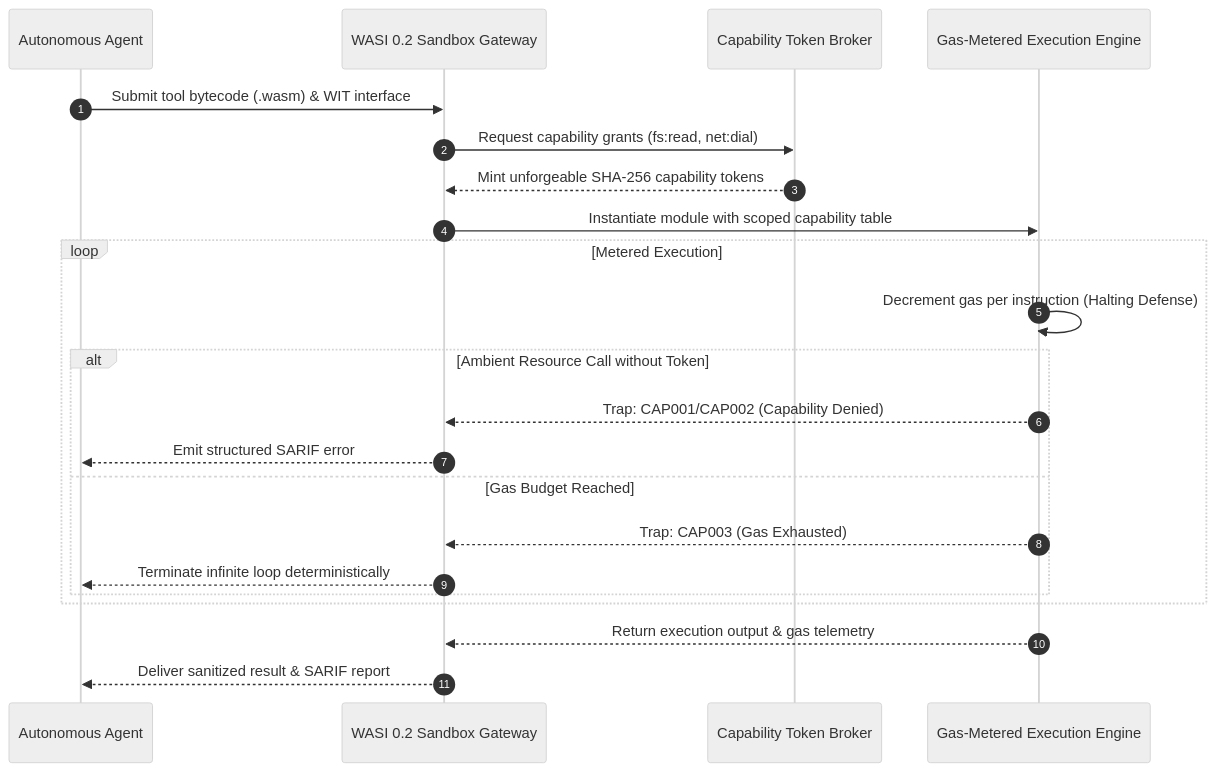
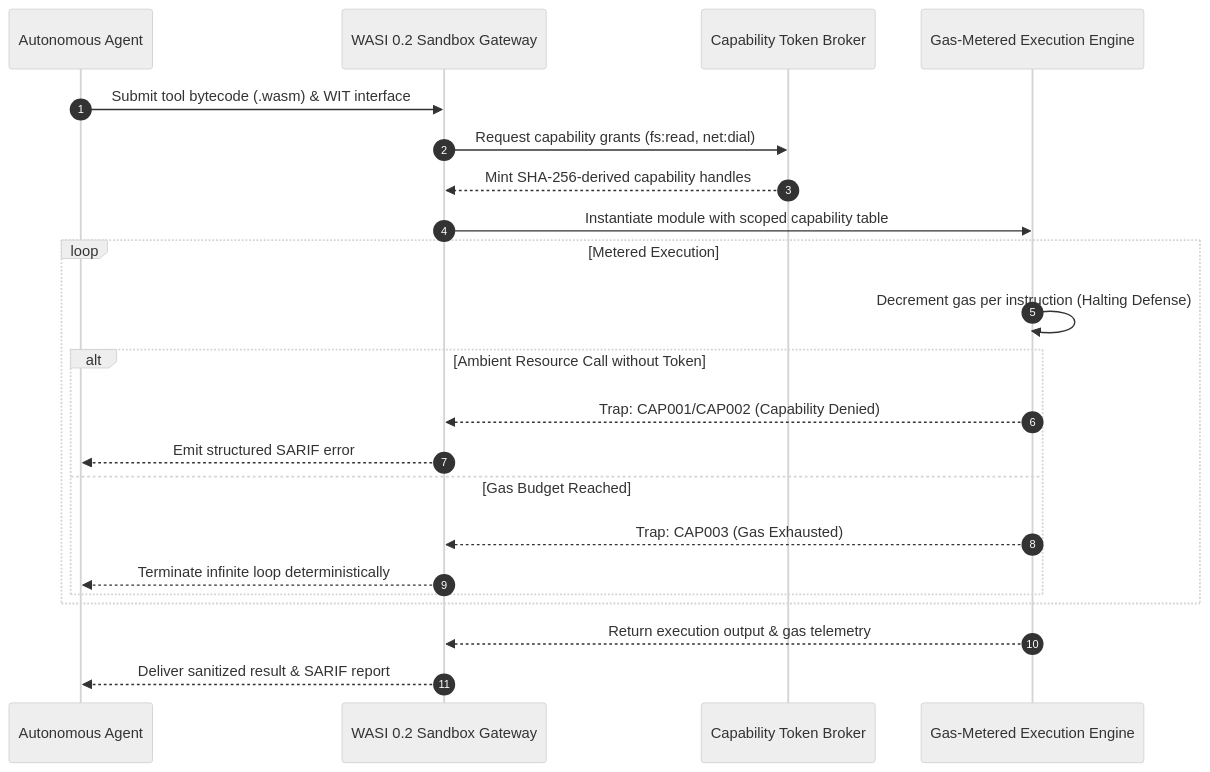
The diagram in examples/wasm-capability-sandbox/README.md (dan-petty/vibes), drawn with Mermaid (neutral theme) before and after one commit. The commit also changed other lines of this file and 248 other files, not shown here.

````diff
--- a/examples/wasm-capability-sandbox/README.md
+++ b/examples/wasm-capability-sandbox/README.md
@@ -21,25 +27,25 @@
 ```mermaid
 sequenceDiagram
     autonumber
     participant Agent as Autonomous Agent
     participant Gateway as WASI 0.2 Sandbox Gateway
     participant Broker as Capability Token Broker
     participant Engine as Gas-Metered Execution Engine
 
     Agent->>Gateway: Submit tool bytecode (.wasm) & WIT interface
     Gateway->>Broker: Request capability grants (fs:read, net:dial)
-    Broker-->>Gateway: Mint unforgeable SHA-256 capability tokens
+    Broker-->>Gateway: Mint SHA-256-derived capability handles
     Gateway->>Engine: Instantiate module with scoped capability table
     loop Metered Execution
         Engine->>Engine: Decrement gas per instruction (Halting Defense)
         alt Ambient Resource Call without Token
             Engine-->>Gateway: Trap: CAP001/CAP002 (Capability Denied)
             Gateway-->>Agent: Emit structured SARIF error
         else Gas Budget Reached
             Engine-->>Gateway: Trap: CAP003 (Gas Exhausted)
             Gateway-->>Agent: Terminate infinite loop deterministically
         end
     end
     Engine-->>Gateway: Return execution output & gas telemetry
     Gateway-->>Agent: Deliver sanitized result & SARIF report
 ```
````
